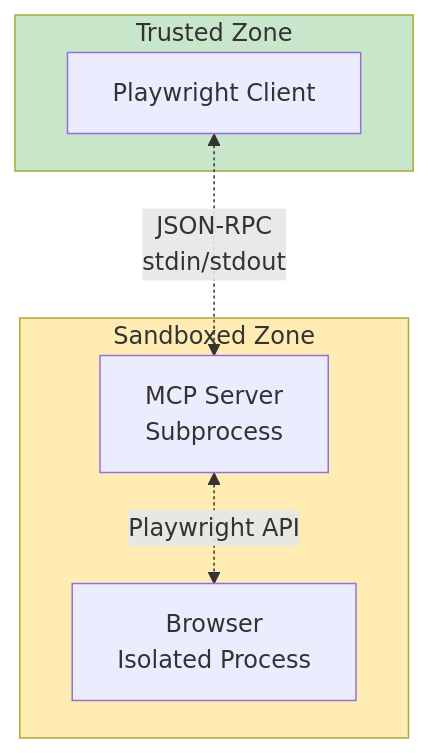
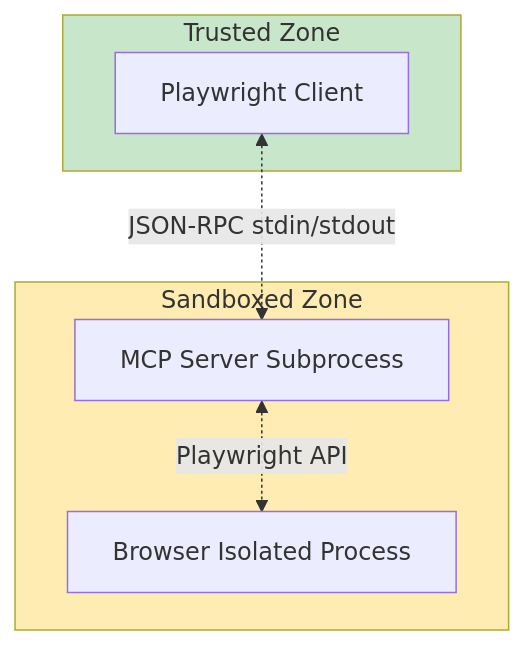
Before and after one commit to softwarewrighter/ui-test-rs: diagram 19 of 19 in wiki/Playwright-Client.md, drawn with Mermaid. The commit also changed other lines of this file and 10 other files, not shown here.

First line of the commit message:
Fix wiki Mermaid diagrams: remove <br/> tags

````diff
--- a/wiki/Playwright-Client.md
+++ b/wiki/Playwright-Client.md
@@ -659,17 +659,17 @@
 ```mermaid
 flowchart TB
     subgraph Trusted["Trusted Zone"]
         Client2[Playwright Client]
     end
 
     subgraph Sandboxed["Sandboxed Zone"]
-        MCP2[MCP Server<br/>Subprocess]
-        Browser2[Browser<br/>Isolated Process]
+        MCP2[MCP Server Subprocess]
+        Browser2[Browser Isolated Process]
     end
 
-    Client2 <-.->|JSON-RPC<br/>stdin/stdout| MCP2
+    Client2 <-.->|JSON-RPC stdin/stdout| MCP2
     MCP2 <-.->|Playwright API| Browser2
 
     style Trusted fill:#c8e6c9
     style Sandboxed fill:#ffecb3
 ```
````
